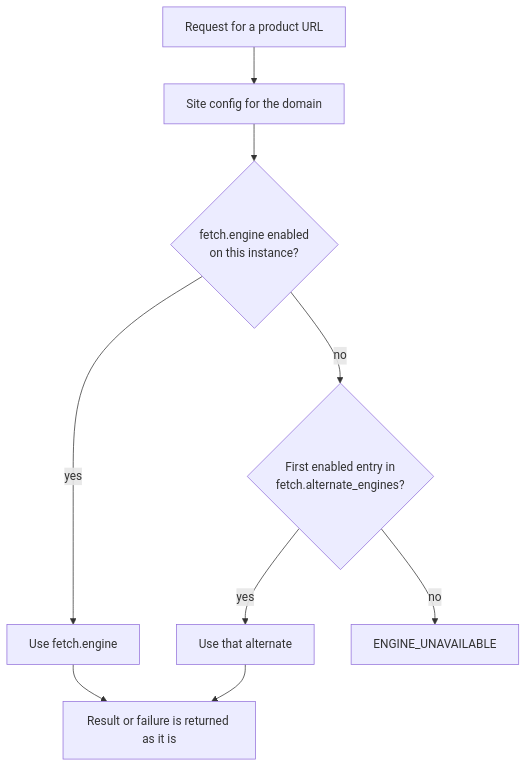
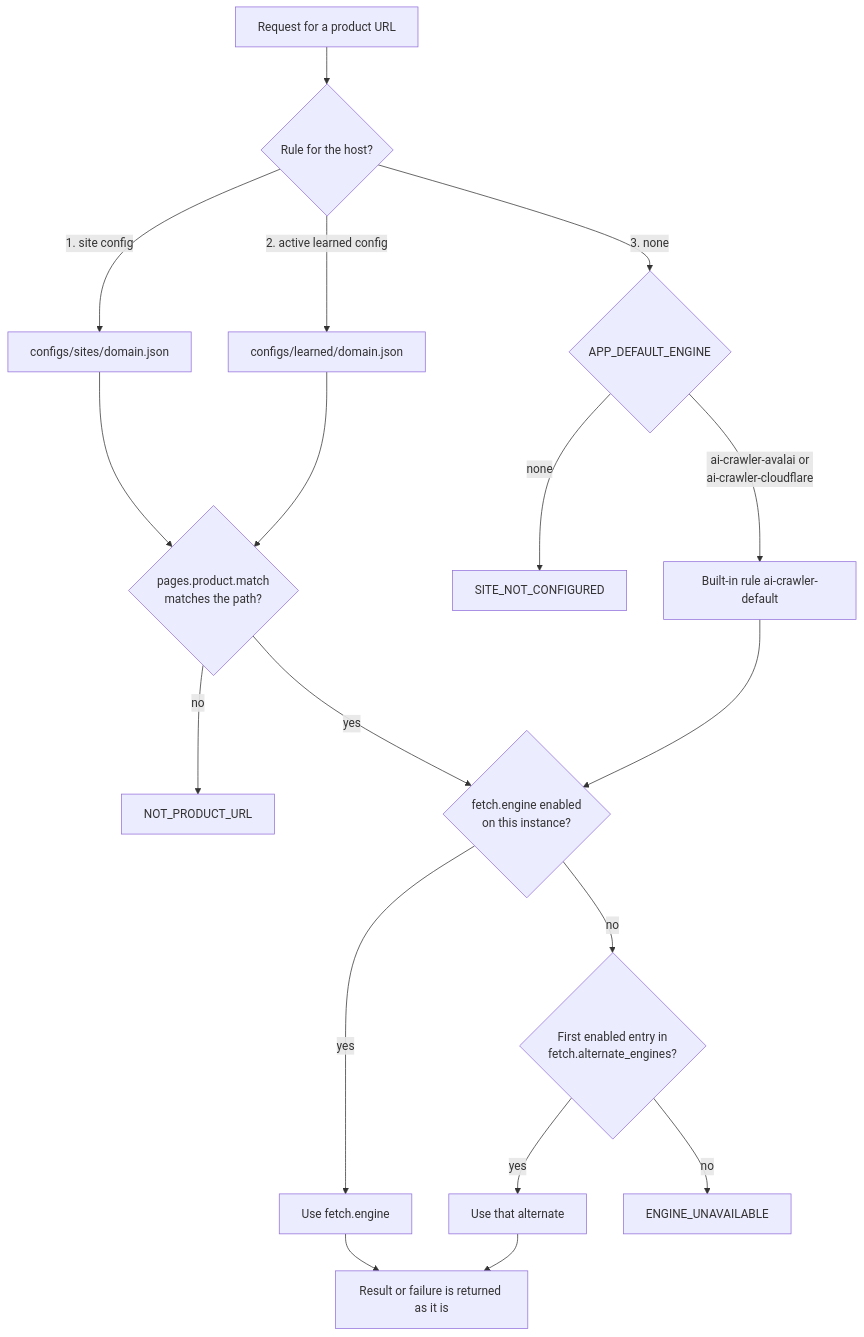
One commit to mobintmu/go-wordpress-extractor changed the diagram in md/ENGINES.md. Above: the diagram before and after it, drawn with Mermaid. The commit also changed other lines of this file and 47 other files, not shown here.

Commit message:
feat: add engine ai-crawler-cloudflare

````diff
--- a/md/ENGINES.md
+++ b/md/ENGINES.md
@@ -27,11 +52,20 @@
 ```mermaid
 flowchart TD
-    A[Request for a product URL] --> B[Site config for the domain]
-    B --> C{fetch.engine enabled<br/>on this instance?}
+    A[Request for a product URL] --> R{Rule for the host?}
+    R -->|1. site config| B[configs/sites/domain.json]
+    R -->|2. active learned config| L[configs/learned/domain.json]
+    R -->|3. none| N{APP_DEFAULT_ENGINE}
+    N -->|none| S[SITE_NOT_CONFIGURED]
+    N -->|ai-crawler-avalai or<br/>ai-crawler-cloudflare| D[Built-in rule ai-crawler-default]
+    B --> M{pages.product.match<br/>matches the path?}
+    L --> M
+    M -->|no| NP[NOT_PRODUCT_URL]
+    M -->|yes| C{fetch.engine enabled<br/>on this instance?}
+    D --> C
     C -->|yes| E[Use fetch.engine]
-    C -->|no| D{First enabled entry in<br/>fetch.alternate_engines?}
-    D -->|yes| F[Use that alternate]
-    D -->|no| G[ENGINE_UNAVAILABLE]
+    C -->|no| AE{First enabled entry in<br/>fetch.alternate_engines?}
+    AE -->|yes| F[Use that alternate]
+    AE -->|no| G[ENGINE_UNAVAILABLE]
     E --> H[Result or failure is returned as it is]
     F --> H
 ```
````
